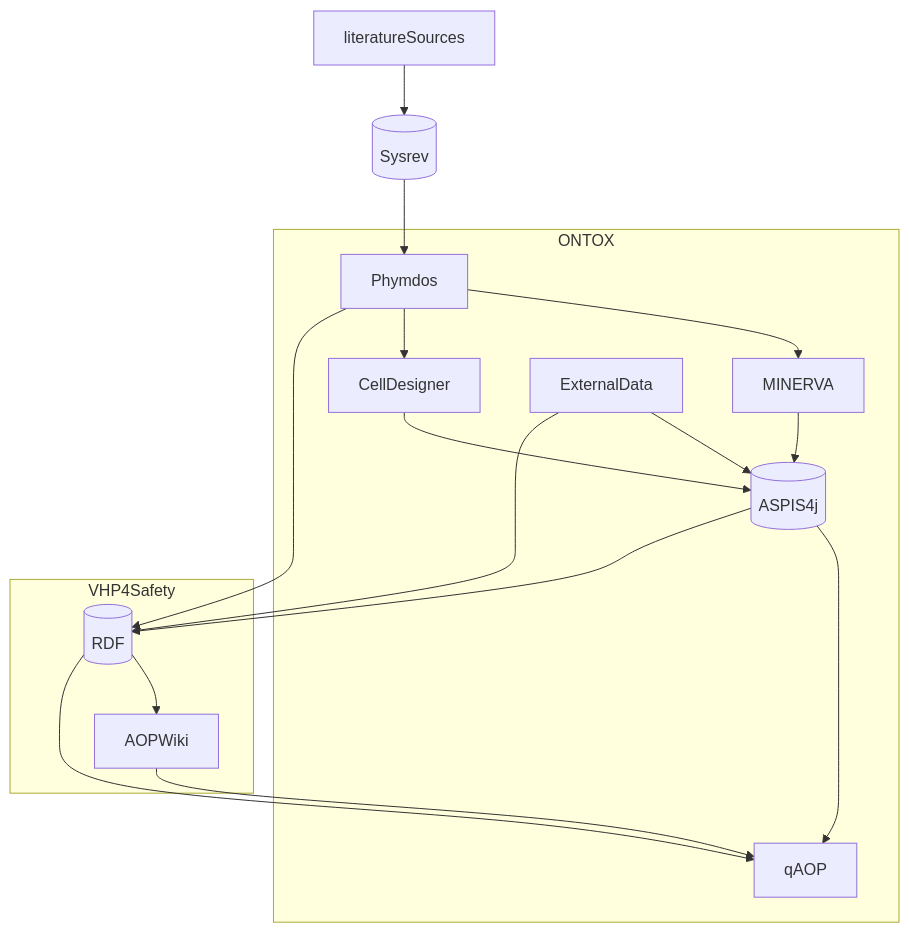
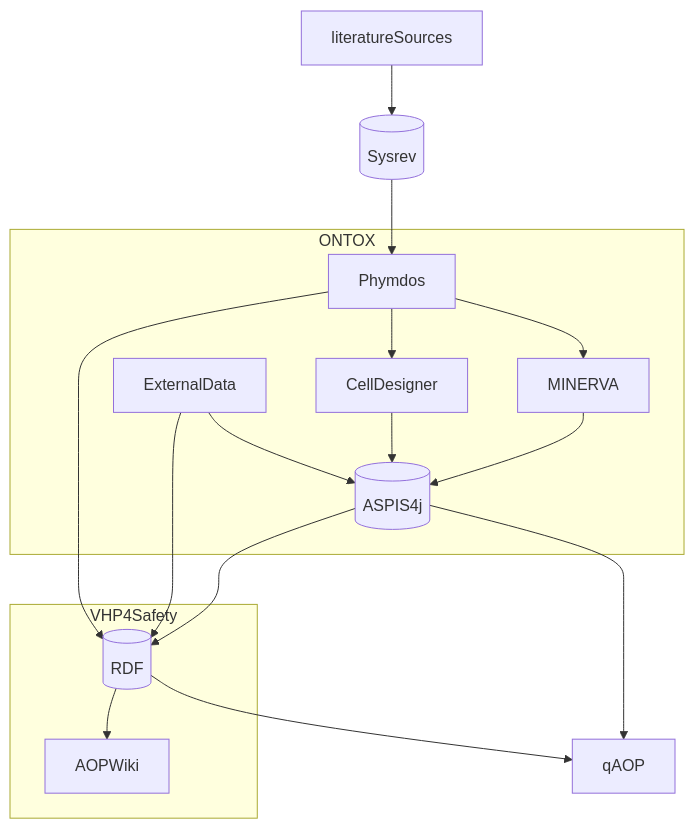
Before and after one commit to ontox-hu/workflows: the diagram in ONTOX-vs-VHP4Safety.md, drawn with Mermaid.

````diff
--- a/ONTOX-vs-VHP4Safety.md
+++ b/ONTOX-vs-VHP4Safety.md
@@ -1,29 +1,27 @@
 ```mermaid
 flowchart TB
     literatureSources-->Sysrev[(Sysrev)]
     Sysrev[(Sysrev)]-->Phymdos
     
     subgraph ONTOX
     Phymdos-->MINERVA
     Phymdos-->CellDesigner
     ExternalData-->ASPIS4j[(ASPIS4j)]
     CellDesigner-->ASPIS4j[(ASPIS4j)]
     MINERVA-->ASPIS4j[(ASPIS4j)]
-    ASPIS4j[(ASPIS4j)]-->qAOP
+    
     end
-    ASPIS4j[(ASPIS4j)]-->RDF[(RDF)]
+    
     
     subgraph VHP4Safety
     Phymdos-->RDF[(RDF)]
     RDF[(RDF)]-->AOPWiki
     ExternalData-->RDF[(RDF)]
-    RDF[(RDF)]-->qAOP
     
     end
-    AOPWiki-->qAOP
-    
-    
-    
+    RDF[(RDF)]-->qAOP
+    ASPIS4j[(ASPIS4j)]-->qAOP
+    ASPIS4j[(ASPIS4j)]-->RDF[(RDF)]
     
     
 ```
````
